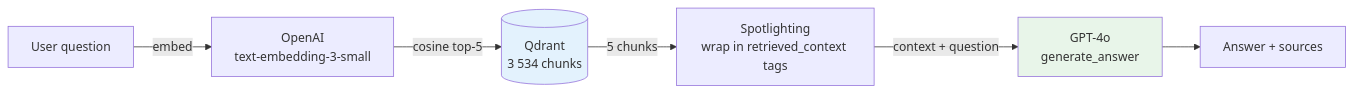
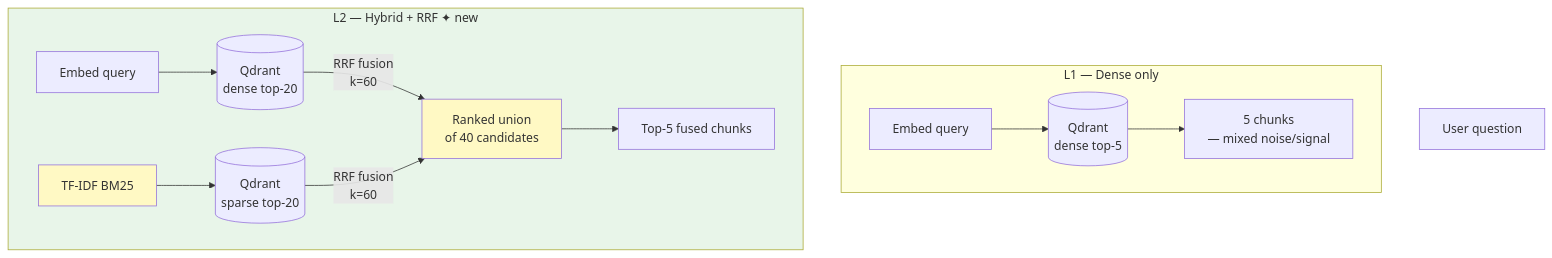
The diagram in LESSON.md (yashprogrammer/Adv_rag), drawn with Mermaid before and after one commit. The commit also changed other lines of this file and 8 other files, not shown here.

First line of the commit message:
feat(course): lesson-2-hybrid — sparse + RRF fusion

````diff
--- a/LESSON.md
+++ b/LESSON.md
@@ -16,11 +16,20 @@
 ```mermaid
-flowchart LR
-    Q[User question] -->|embed| E[OpenAI\ntext-embedding-3-small]
-    E -->|cosine top-5| QD[(Qdrant\n3 534 chunks)]
-    QD -->|5 chunks| SP[Spotlighting\nwrap in retrieved_context tags]
-    SP -->|context + question| LLM[GPT-4o\ngenerate_answer]
-    LLM --> A[Answer + sources]
+flowchart TD
+    Q[User question]
 
-    style QD fill:#e3f2fd
-    style LLM fill:#e8f5e9
+    subgraph Before["L1 — Dense only"]
+        DE1[Embed query] --> QD1[(Qdrant\ndense top-5)]
+        QD1 --> C1[5 chunks\n — mixed noise/signal]
+    end
+
+    subgraph After["L2 — Hybrid + RRF ✦ new"]
+        DE2[Embed query] --> QD2[(Qdrant\ndense top-20)]
+        SP2[TF-IDF BM25] --> QD3[(Qdrant\nsparse top-20)]
+        QD2 & QD3 -->|RRF fusion\nk=60| RRF[Ranked union\nof 40 candidates]
+        RRF --> C2[Top-5 fused chunks]
+    end
+
+    style After fill:#e8f5e9
+    style SP2 fill:#fff9c4
+    style RRF fill:#fff9c4
 ```
````
